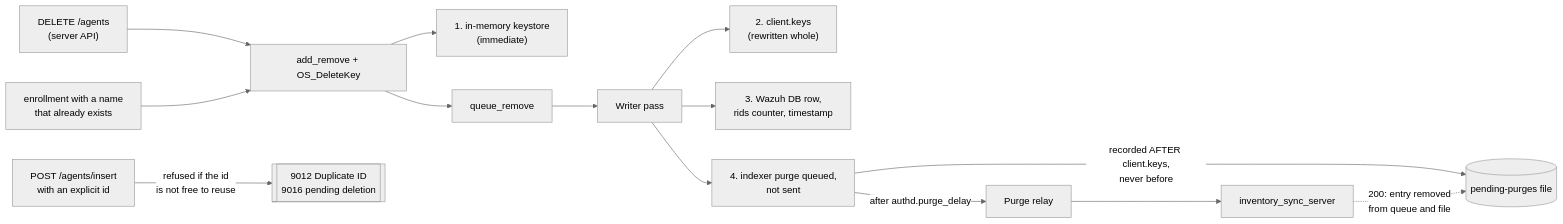
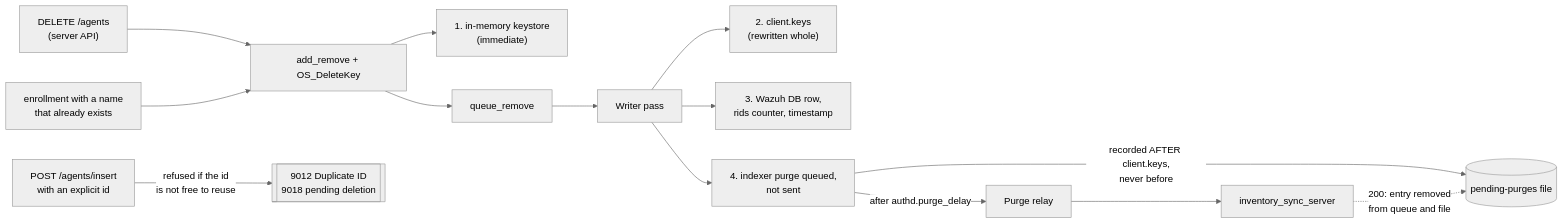
The second of 4 diagrams in docs/ref/modules/authd/architecture.md (wazuh/wazuh), drawn with Mermaid (neutral theme) before and after one commit. The commit also changed other lines of this file and 7 other files, not shown here.

````diff
--- a/docs/ref/modules/authd/architecture.md
+++ b/docs/ref/modules/authd/architecture.md
@@ -76,16 +76,16 @@
 ```mermaid
 flowchart LR
     D1["DELETE /agents\n(server API)"] --> ADD
     D2["enrollment with a name\nthat already exists"] --> ADD
-    D3["POST /agents/insert\nwith an explicit id"] -->|"refused if the id\nis not free to reuse"| REJ[["9012 Duplicate ID\n9016 pending deletion"]]
+    D3["POST /agents/insert\nwith an explicit id"] -->|"refused if the id\nis not free to reuse"| REJ[["9012 Duplicate ID\n9018 pending deletion"]]
 
     ADD["add_remove + OS_DeleteKey"] --> M1["1. in-memory keystore\n(immediate)"]
     ADD --> Q[queue_remove]
     Q --> W[Writer pass]
     W --> M2["2. client.keys\n(rewritten whole)"]
     W --> M3["3. Wazuh DB row,\nrids counter, timestamp"]
     W --> M4["4. indexer purge queued,\nnot sent"]
     M4 -->|"recorded AFTER client.keys,\nnever before"| PF[(pending-purges file)]
     M4 -->|"after authd.purge_delay"| REL[Purge relay] --> ISS[inventory_sync_server]
     ISS -.->|"200: entry removed\nfrom queue and file"| PF
 ```
````
